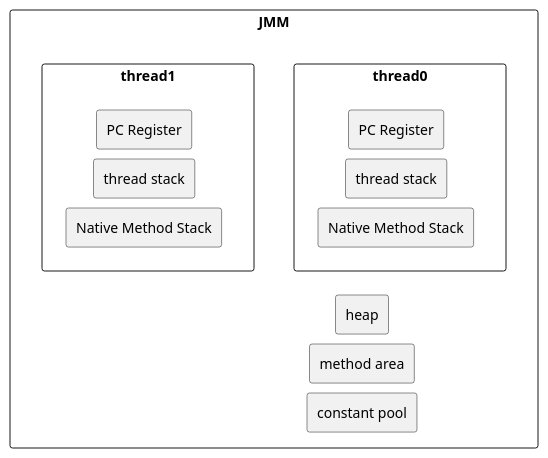
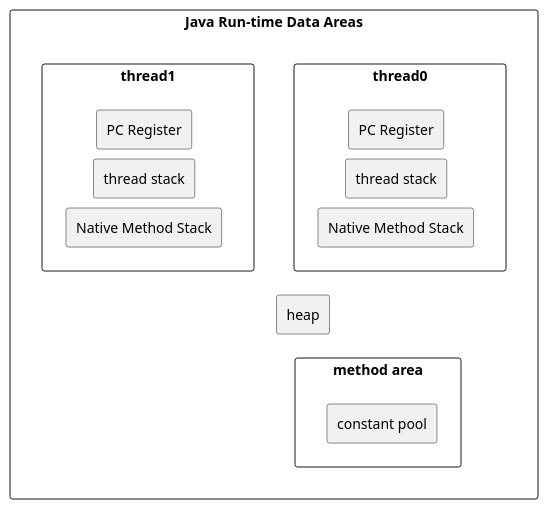
The diagram in content/post/inbox/JMM.md (wiloon/blog), drawn with PlantUML before and after one commit. The commit also changed other lines of this file and 8 other files, not shown here.

````diff
--- a/content/post/inbox/JMM.md
+++ b/content/post/inbox/JMM.md
@@ -12,34 +13,34 @@
 ```plantuml
 @startuml
 skinparam componentStyle rectangle
 skinparam nodesep 10
 skinparam ranksep 10
-component JMM {
+component "Java Run-time Data Areas" {
   [heap]
   component thread0 {
     [PC Register] as pc0
     [thread stack] as ts0
     [Native Method Stack] as nms0
     pc0 -[hidden]-> ts0
     ts0 -[hidden]-> nms0
   }
   
   component thread1 {
     [PC Register] as pc1
     [thread stack] as ts1
     [Native Method Stack] as nms1
     pc1 -[hidden]-> ts1
     ts1 -[hidden]-> nms1
   }
 
   thread0 --[hidden]--> heap
   thread1 --[hidden]--> heap
 
-  [method area] as ma
+  component "method area" as ma {
+  [constant pool] as cp
+  }
+
   heap -[hidden]-> ma
-  [constant pool] as cp
-  ma -[hidden]-> cp
-
 }
 @enduml
 ```
````
